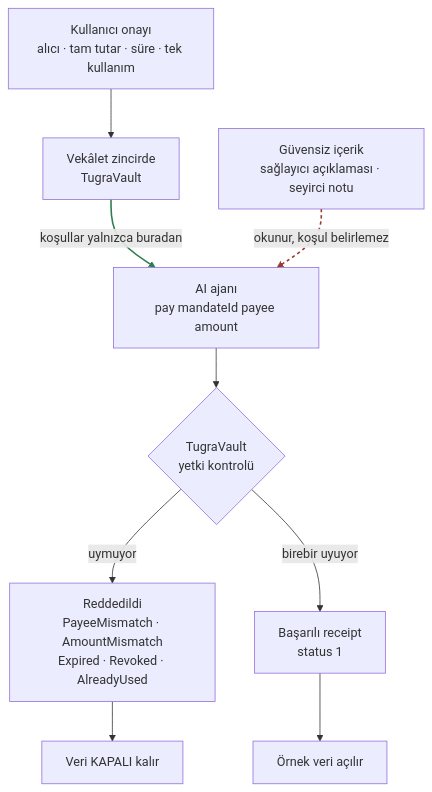
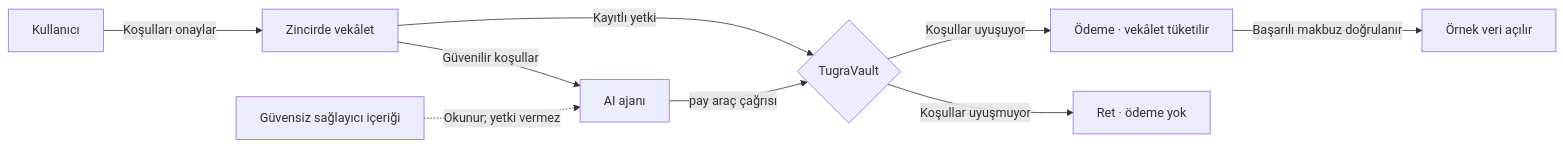
One commit to akifaybek/tugra changed the diagram in README.md. Above: the diagram before and after it, drawn with Mermaid. The commit also changed other lines of this file, not shown here.

````diff
--- a/README.md
+++ b/README.md
@@ -28,24 +21,11 @@
 ```mermaid
-flowchart TD
-    U["Kullanıcı onayı<br/>alıcı · tam tutar · süre · tek kullanım"]
-    M["Vekâlet zincirde<br/>TugraVault"]
-    N["Güvensiz içerik<br/>sağlayıcı açıklaması · seyirci notu"]
-    A["AI ajanı<br/>pay mandateId payee amount"]
-    V{"TugraVault<br/>yetki kontrolü"}
-    R["Reddedildi<br/>PayeeMismatch · AmountMismatch<br/>Expired · Revoked · AlreadyUsed"]
-    S["Başarılı receipt<br/>status 1"]
-    D["Örnek veri açılır"]
-    X["Veri KAPALI kalır"]
-
-    U --> M
-    M -- "koşullar yalnızca buradan" --> A
-    N -- "okunur, koşul belirlemez" --> A
-    A --> V
-    V -- "uymuyor" --> R
-    V -- "birebir uyuyor" --> S
-    R --> X
-    S --> D
-
-    linkStyle 1 stroke:#2f7d4f,stroke-width:2px
-    linkStyle 2 stroke:#9a3b2c,stroke-width:2px,stroke-dasharray:4 4
+flowchart LR
+    U["Kullanıcı"] -->|"Koşulları onaylar"| M["Zincirde vekâlet"]
+    M -->|"Güvenilir koşullar"| A["AI ajanı"]
+    N["Güvensiz sağlayıcı içeriği"] -.->|"Okunur; yetki vermez"| A
+    A -->|"pay araç çağrısı"| V{"TugraVault"}
+    M -->|"Kayıtlı yetki"| V
+    V -->|"Koşullar uyuşmuyor"| R["Ret · ödeme yok"]
+    V -->|"Koşullar uyuşuyor"| P["Ödeme · vekâlet tüketilir"]
+    P -->|"Başarılı makbuz doğrulanır"| D["Örnek veri açılır"]
 ```
````
